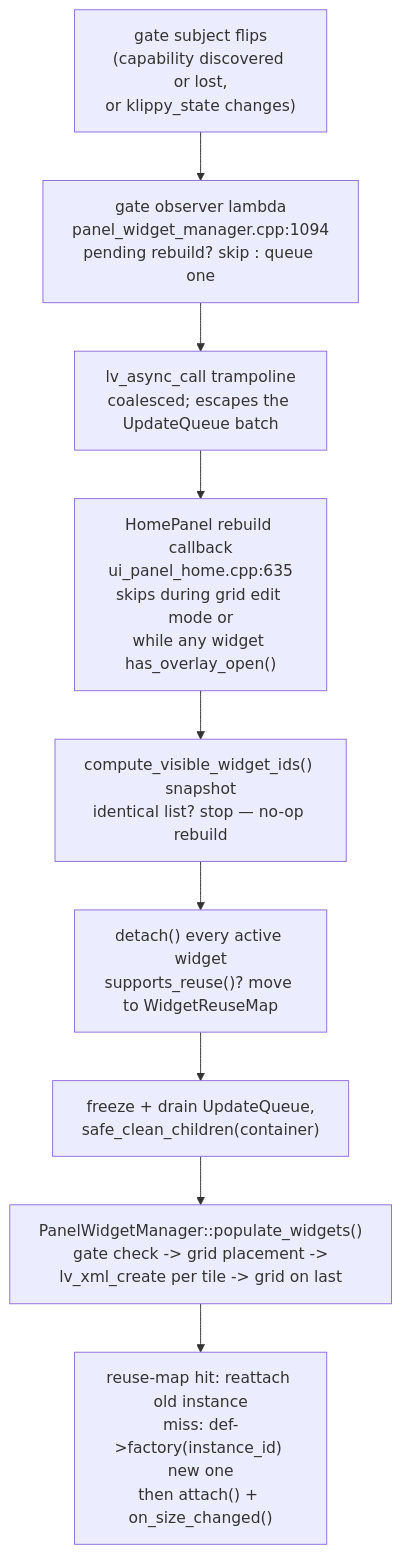
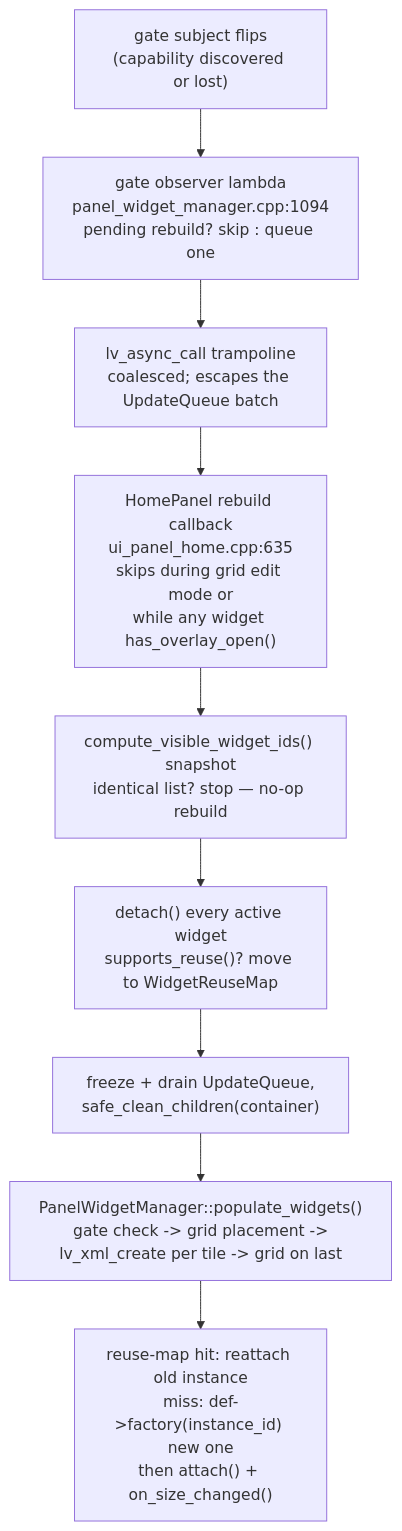
Before and after one commit to prestonbrown/helixscreen: the diagram in docs/devel/architecture/09-home-widgets.md, drawn with Mermaid. The commit also changed other lines of this file and 4 other files, not shown here.

````diff
--- a/docs/devel/architecture/09-home-widgets.md
+++ b/docs/devel/architecture/09-home-widgets.md
@@ -18,13 +18,13 @@
 ```mermaid
 flowchart TB
-    GATE["gate subject flips<br/>(capability discovered or lost,<br/>or klippy_state changes)"]
+    GATE["gate subject flips<br/>(capability discovered or lost)"]
     OBS["gate observer lambda<br/>panel_widget_manager.cpp:1094<br/>pending rebuild? skip : queue one"]
     ASYNC["lv_async_call trampoline<br/>coalesced; escapes the UpdateQueue batch"]
     CB["HomePanel rebuild callback<br/>ui_panel_home.cpp:635<br/>skips during grid edit mode or<br/>while any widget has_overlay_open()"]
     SNAP["compute_visible_widget_ids() snapshot<br/>identical list? stop — no-op rebuild"]
     DET["detach() every active widget<br/>supports_reuse()? move to WidgetReuseMap"]
     CLEAN["freeze + drain UpdateQueue,<br/>safe_clean_children(container)"]
     POP["PanelWidgetManager::populate_widgets()<br/>gate check -> grid placement -><br/>lv_xml_create per tile -> grid on last"]
     RE["reuse-map hit: reattach old instance<br/>miss: def->factory(instance_id) new one<br/>then attach() + on_size_changed()"]
     GATE --> OBS --> ASYNC --> CB --> SNAP --> DET --> CLEAN --> POP --> RE
 ```
````
